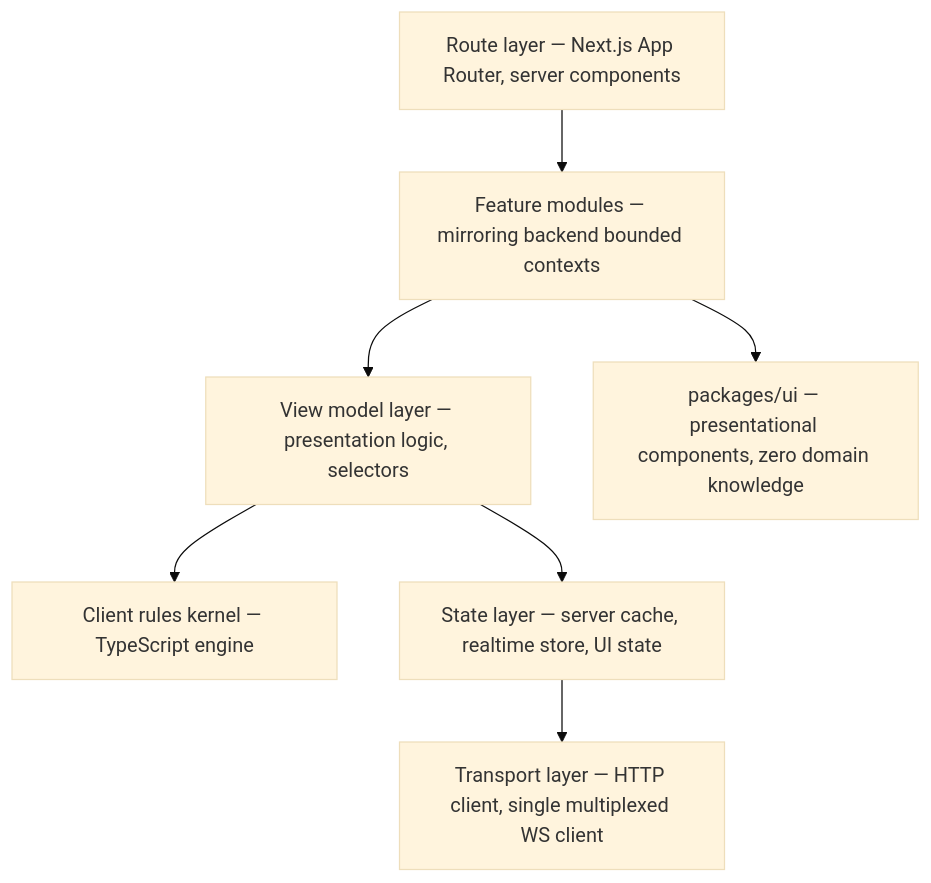
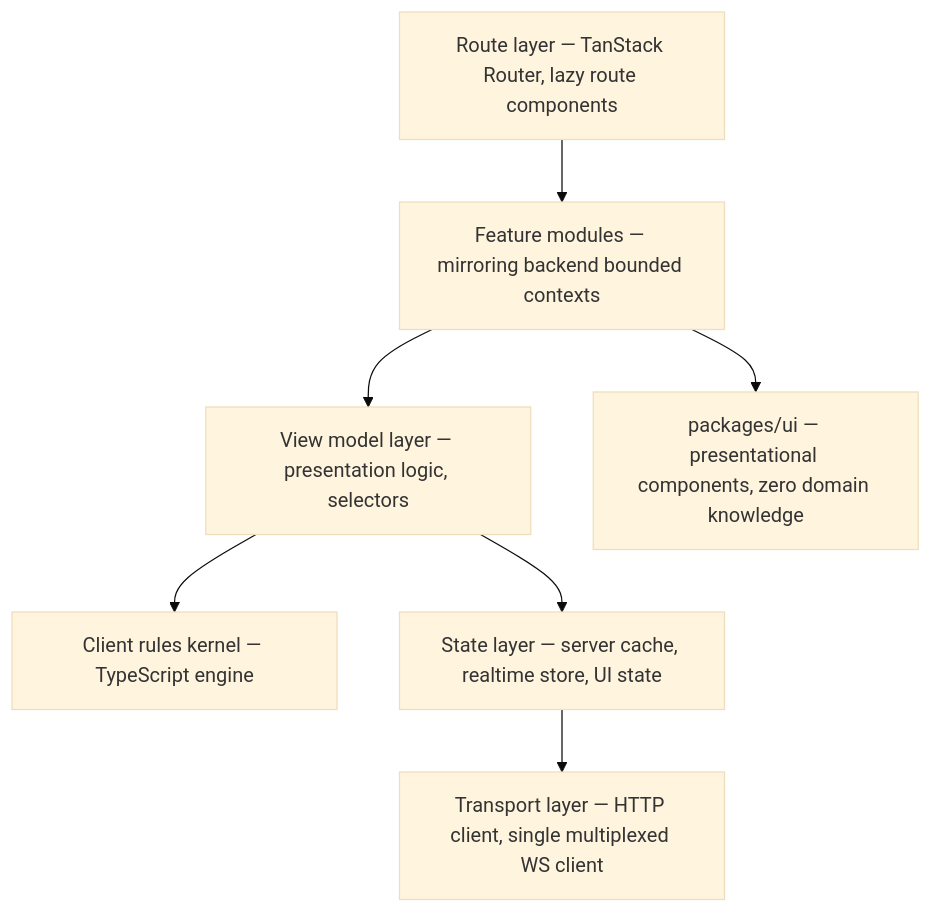
Before and after one commit to shohruh-yuldashov/arena64: the seventh of 8 diagrams in docs/01-architecture/architecture.md, drawn with Mermaid (base theme). The commit also changed other lines of this file and 107 other files, not shown here.

````diff
--- a/docs/01-architecture/architecture.md
+++ b/docs/01-architecture/architecture.md
@@ -1034,17 +1034,17 @@
 ```mermaid
 flowchart TB
-    ROUTE["Route layer — Next.js App Router, server components"]
+    ROUTE["Route layer — TanStack Router, lazy route components"]
     FEAT["Feature modules — mirroring backend bounded contexts"]
     VM["View model layer — presentation logic, selectors"]
     DOMC["Client rules kernel — TypeScript engine"]
     STATE["State layer — server cache, realtime store, UI state"]
     TRANS["Transport layer — HTTP client, single multiplexed WS client"]
     UI["packages/ui — presentational components, zero domain knowledge"]
 
     ROUTE --> FEAT
     FEAT --> VM
     FEAT --> UI
     VM --> STATE
     VM --> DOMC
     STATE --> TRANS
 ```
````
